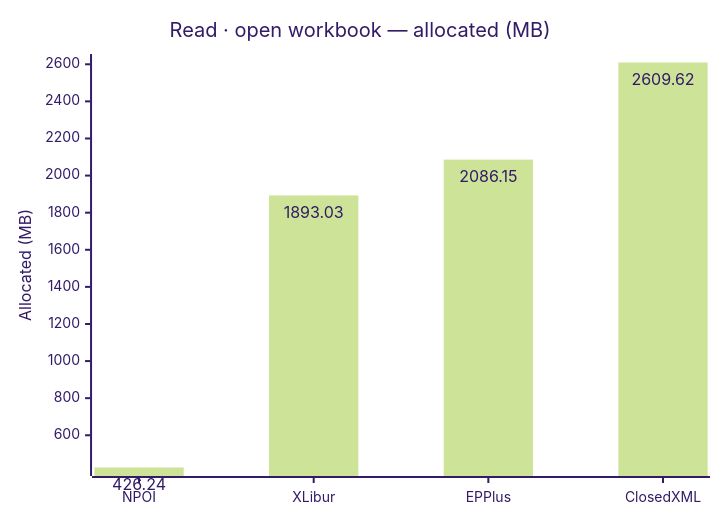
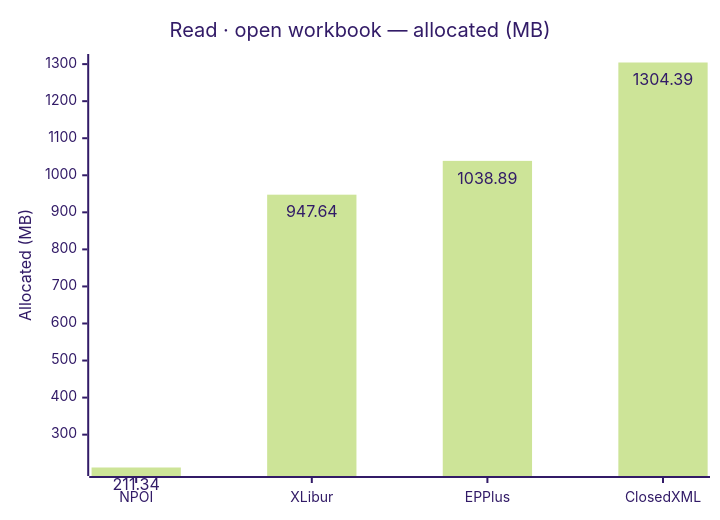
The second of 6 diagrams in docs/results.md (jafin/XLBench), drawn with Mermaid (forest theme) before and after one commit. The commit also changed other lines of this file and 5 other files, not shown here.

````diff
--- a/docs/results.md
+++ b/docs/results.md
@@ -47,12 +47,12 @@
 ```mermaid
 ---
 config:
   xyChart:
     showDataLabel: true
 ---
 xychart-beta
     title "Read · open workbook — allocated (MB)"
     x-axis ["NPOI", "XLibur", "EPPlus", "ClosedXML"]
     y-axis "Allocated (MB)"
-    bar [426.24, 1893.03, 2086.15, 2609.62]
+    bar [211.34, 947.64, 1038.89, 1304.39]
 ```
````
